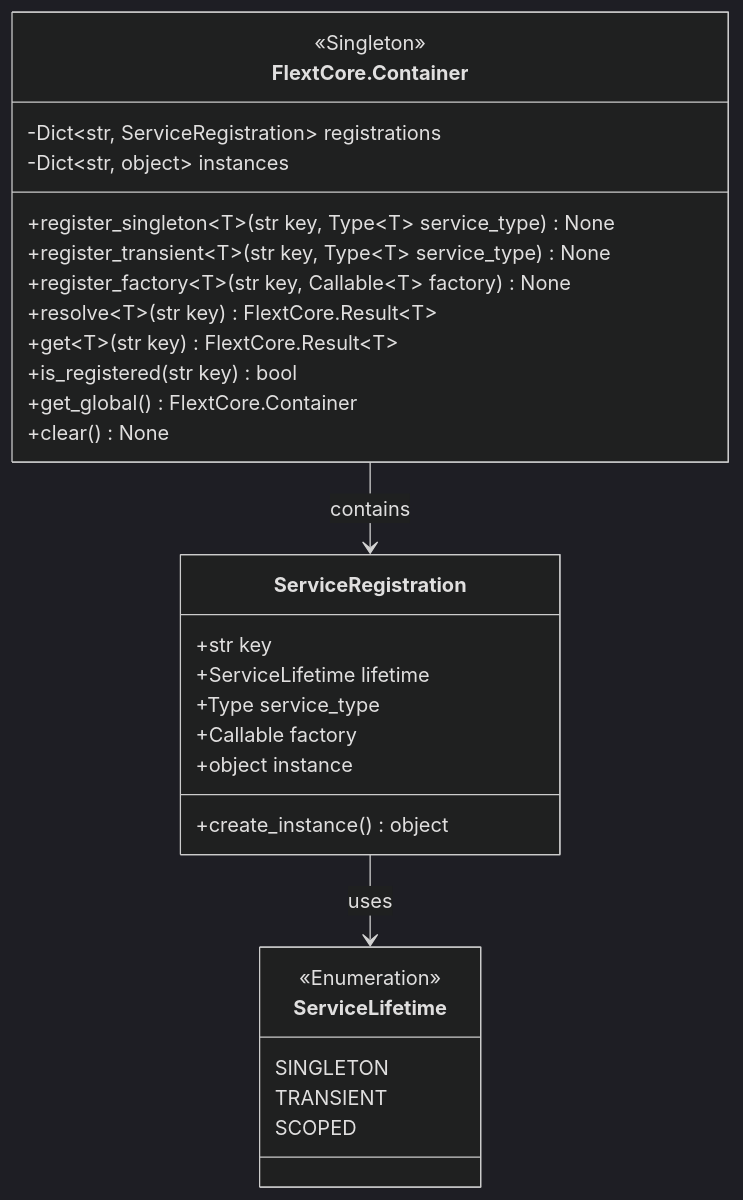
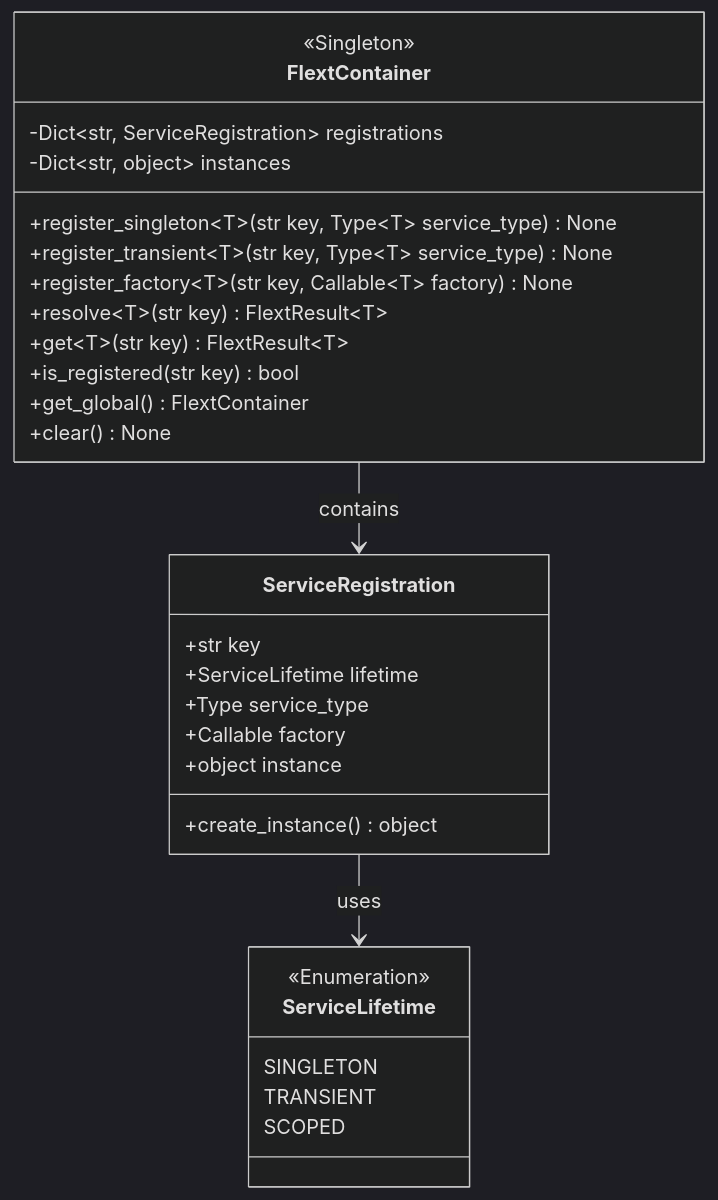
The second of 10 diagrams in docs/architecture/c4-model/code-diagrams.md (flext-sh/flext), drawn with Mermaid (dark theme) before and after one commit. The commit also changed other lines of this file and 372 other files, not shown here.

````diff
--- a/docs/architecture/c4-model/code-diagrams.md
+++ b/docs/architecture/c4-model/code-diagrams.md
@@ -52,35 +52,35 @@
 ```mermaid
 classDiagram
-    class FlextCore.Container {
+    class FlextContainer {
         <<Singleton>>
         -Dict~str, ServiceRegistration~ registrations
         -Dict~str, object~ instances
         +register_singleton~T~(str key, Type~T~ service_type) None
         +register_transient~T~(str key, Type~T~ service_type) None
         +register_factory~T~(str key, Callable~T~ factory) None
-        +resolve~T~(str key) FlextCore.Result~T~
-        +get~T~(str key) FlextCore.Result~T~
+        +resolve~T~(str key) FlextResult~T~
+        +get~T~(str key) FlextResult~T~
         +is_registered(str key) bool
-        +get_global() FlextCore.Container
+        +get_global() FlextContainer
         +clear() None
     }
 
     class ServiceRegistration {
         +str key
         +ServiceLifetime lifetime
         +Type service_type
         +Callable factory
         +object instance
         +create_instance() object
     }
 
     class ServiceLifetime {
         <<Enumeration>>
         SINGLETON
         TRANSIENT
         SCOPED
     }
 
-    FlextCore.Container --> ServiceRegistration : contains
+    FlextContainer --> ServiceRegistration : contains
     ServiceRegistration --> ServiceLifetime : uses
 ```
````
